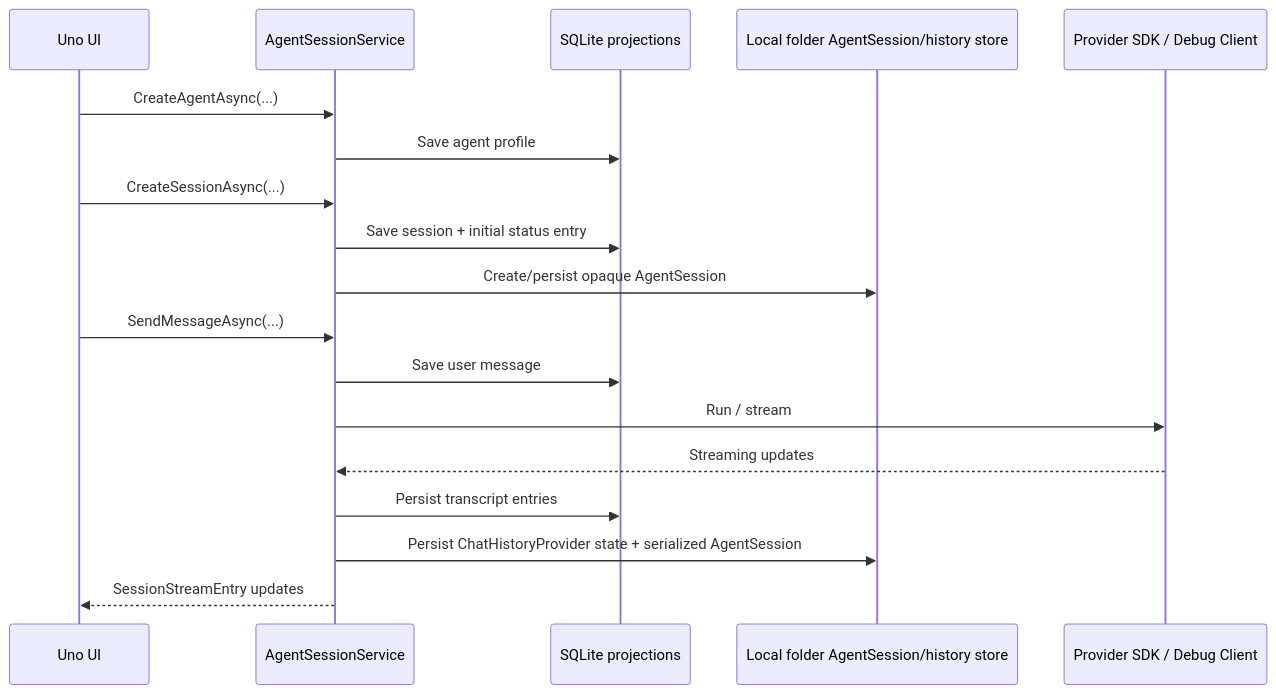
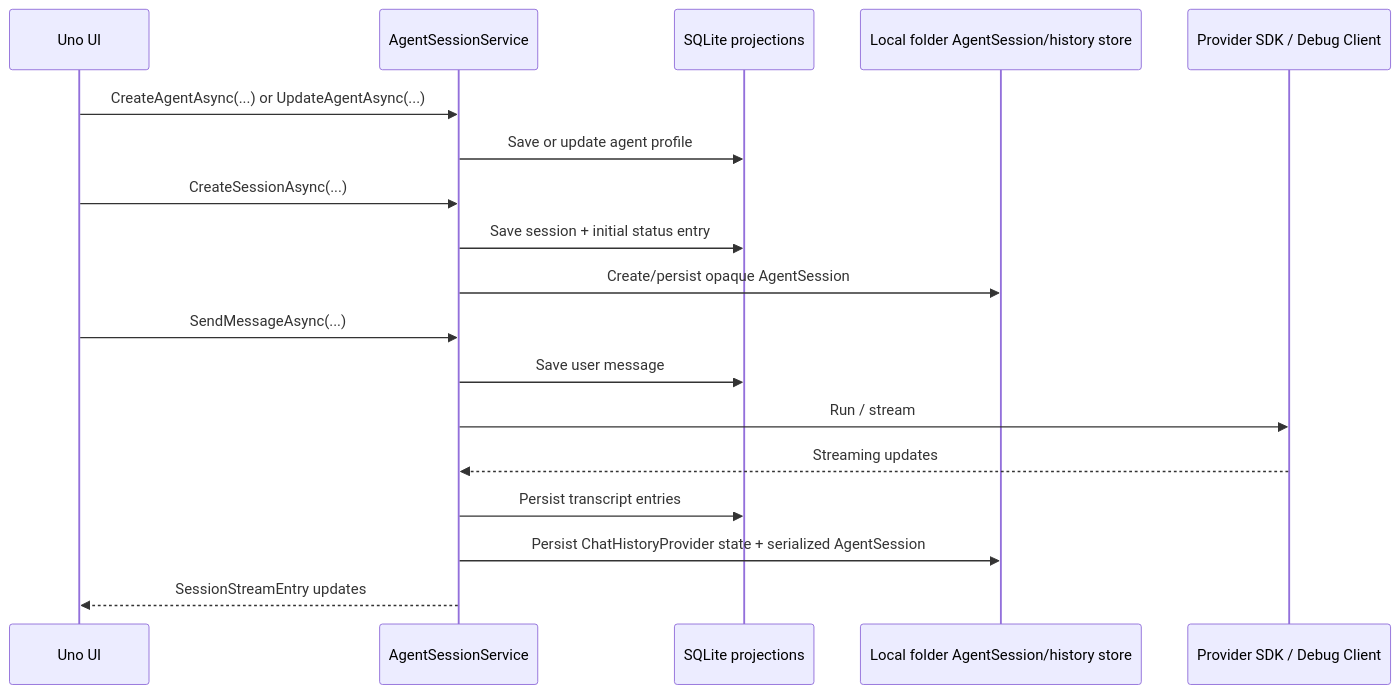
The fourth of 4 diagrams in docs/Architecture.md (managedcode/dotPilot), drawn with Mermaid before and after one commit. The commit also changed other lines of this file and 19 other files, not shown here.

Commit message:
Add real agent profile editing

````diff
--- a/docs/Architecture.md
+++ b/docs/Architecture.md
@@ -104,21 +104,21 @@
 ```mermaid
 sequenceDiagram
   participant UI as Uno UI
   participant Service as AgentSessionService
   participant DB as SQLite projections
   participant FS as Local folder AgentSession/history store
   participant Provider as Provider SDK / Debug Client
 
-  UI->>Service: CreateAgentAsync(...)
-  Service->>DB: Save agent profile
+  UI->>Service: CreateAgentAsync(...) or UpdateAgentAsync(...)
+  Service->>DB: Save or update agent profile
   UI->>Service: CreateSessionAsync(...)
   Service->>DB: Save session + initial status entry
   Service->>FS: Create/persist opaque AgentSession
   UI->>Service: SendMessageAsync(...)
   Service->>DB: Save user message
   Service->>Provider: Run / stream
   Provider-->>Service: Streaming updates
   Service->>DB: Persist transcript entries
   Service->>FS: Persist ChatHistoryProvider state + serialized AgentSession
   Service-->>UI: SessionStreamEntry updates
 ```
````
